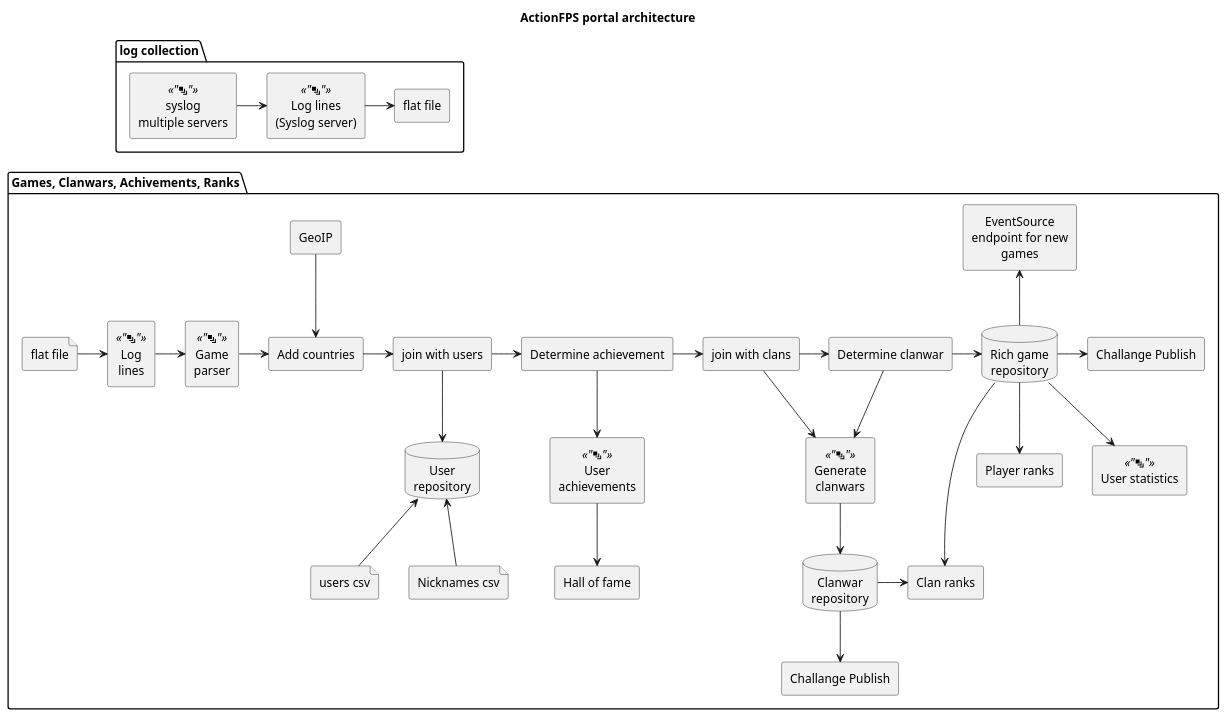
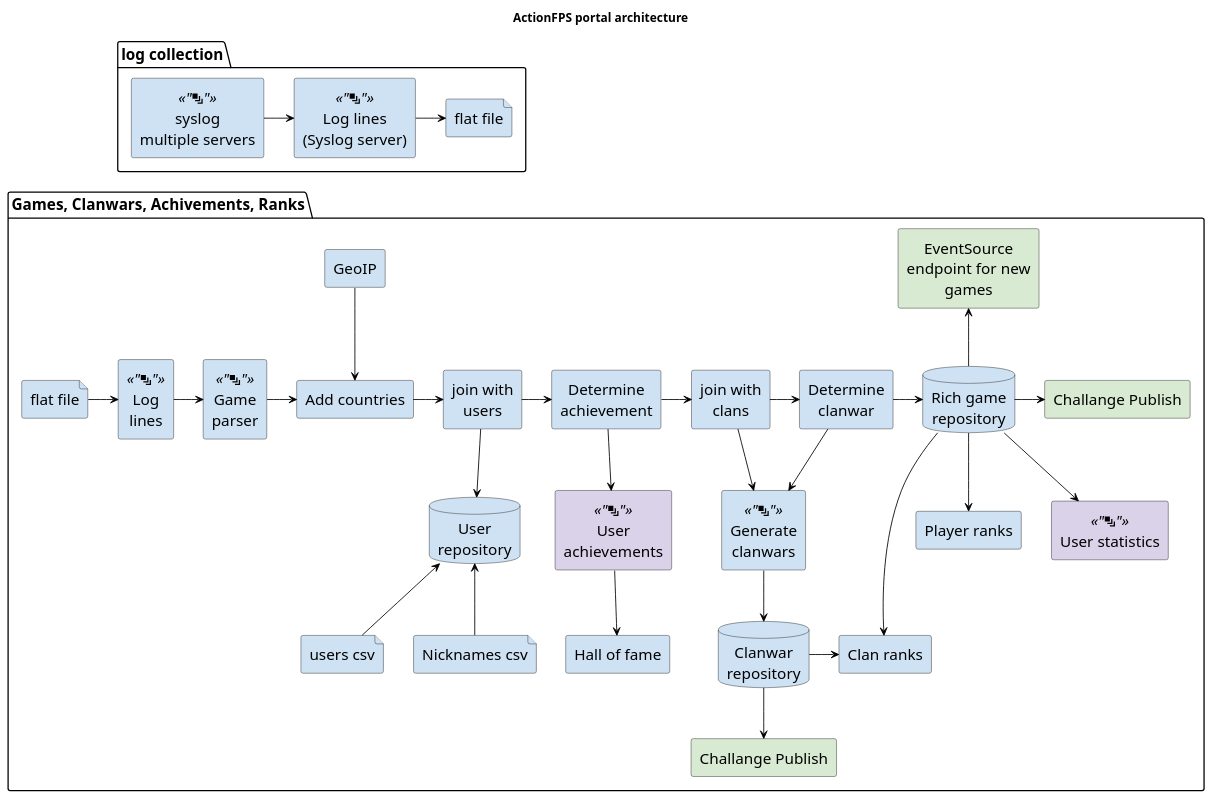
The first of 2 diagrams in docs/architecture.plantuml (omainegra/ActionFPS), drawn with PlantUML before and after one commit. The commit also changed other lines of this file, not shown here.

Commit message:
updated some colors and styles

```diff
--- a/docs/architecture.plantuml
+++ b/docs/architecture.plantuml
@@ -1,78 +1,83 @@
 @startuml
 skinparam DefaultTextAlignment center
+skinparam arrowColor #000000
+skinparam rectangleBackgroundColor #CFE2F3
+skinparam fileBackgroundColor #CFE2F3
+skinparam databaseBackgroundColor #CFE2F3
+skinparam defaultFontSize 18
 
 title ActionFPS portal architecture
 
 package "log collection" as p1 {
     rectangle "syslog\nmultiple servers" <<"<&layers>">> as syslog
     rectangle "Log lines\n(Syslog server)" <<"<&layers>">> as loglines
-    rectangle "flat file" as flatfile1
+    file "flat file" as flatfile1
 
         syslog -> loglines
         loglines -> flatfile1
 }
 package "Games, Clanwars, Achivements, Ranks" as p2 {
 
     file "flat file" as flatFile2
     rectangle "Log\nlines" <<"<&layers>">> as logLines2
     rectangle "Game\nparser" <<"<&layers>">> as gameParser
     rectangle "Add countries" as addCountries
-    rectangle "join with users" as joinWithUsers
-    rectangle "Determine achievement" as determineAchievement
-    rectangle "join with clans" as joinWithClans
-    rectangle "Determine clanwar" as determineClanwar
+    rectangle "join with\nusers" as joinWithUsers
+    rectangle "Determine\nachievement" as determineAchievement
+    rectangle "join with\nclans" as joinWithClans
+    rectangle "Determine\nclanwar" as determineClanwar
     database "Rich game\nrepository" as richGameRepository
 
 
         flatFile2 -> logLines2
         logLines2 -> gameParser
         gameParser -> addCountries
         addCountries -> joinWithUsers
         joinWithUsers -> determineAchievement
         determineAchievement -> joinWithClans
         joinWithClans -> determineClanwar
         determineClanwar -> richGameRepository
 
     rectangle "GeoIP" as geoIp
 
     loglines -[hidden]-> geoIp
 
         geoIp --> addCountries
 
     database "User\nrepository" as userRepository
     file "users csv" as users.csv
     file "Nicknames csv" as nicknames.csv
 
         joinWithUsers --> userRepository
         userRepository <-- users.csv
         userRepository <-- nicknames.csv
 
-    rectangle "User\nachievements" <<"<&layers>">> as userAchievements
+    rectangle "User\nachievements" <<"<&layers>">> as userAchievements #D9D2E9
     rectangle "Hall of fame" as hallOfFame
 
     determineAchievement --> userAchievements
     userAchievements --> hallOfFame
 
     rectangle "Generate\nclanwars" <<"<&layers>">> as generateClanwars
     database "Clanwar\nrepository" as clanwarRepository
     rectangle "Clan ranks" as clanRanks
-    rectangle "Challange Publish" as challangePublish
+    rectangle "Challange Publish" as challangePublish #D9EAD3
     rectangle "Player ranks" as playerRanks
-    rectangle "User statistics" <<"<&layers>">> as userStatistics
-    rectangle "Challange Publish" as challangePublish2
-    rectangle "EventSource\nendpoint for new\ngames" as eventSourceEndpoint
+    rectangle "User statistics" <<"<&layers>">> as userStatistics #D9D2E9
+    rectangle "Challange Publish" as challangePublish2 #D9EAD3
+    rectangle "EventSource\nendpoint for new\ngames" as eventSourceEndpoint #D9EAD3
 
 
         joinWithClans --> generateClanwars
         determineClanwar --> generateClanwars
         generateClanwars --> clanwarRepository
         clanwarRepository -> clanRanks
         clanwarRepository --> challangePublish
         richGameRepository --> clanRanks
         richGameRepository --> playerRanks
         richGameRepository --> userStatistics
         richGameRepository -> challangePublish2
         eventSourceEndpoint <-- richGameRepository
 }
 
 @enduml
```
